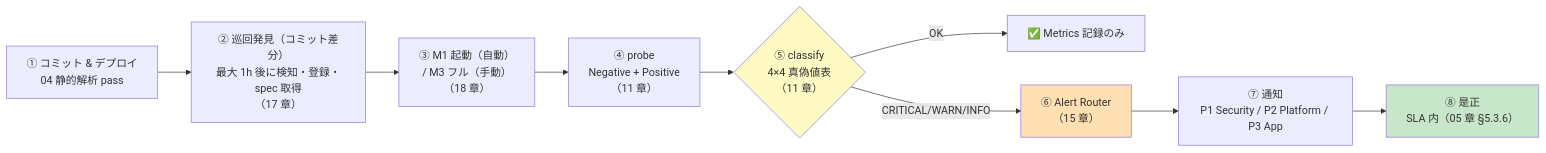
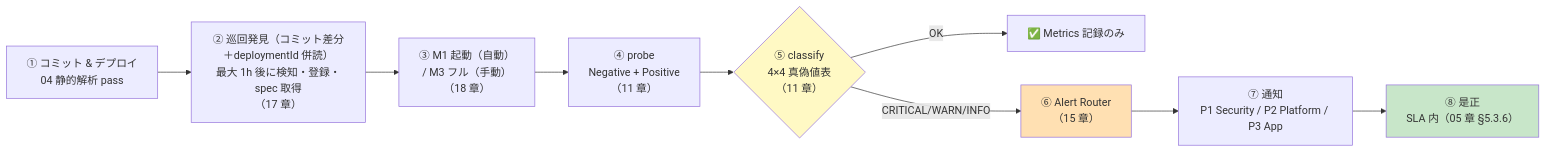
One commit to suepie/aws-atuh-poc changed the third of 7 diagrams in doc/api-platform/basic-design/10-external-monitoring-overview.md. Above: the diagram before and after it, drawn with Mermaid. The commit also changed other lines of this file and 8 other files, not shown here.

````diff
--- a/doc/api-platform/basic-design/10-external-monitoring-overview.md
+++ b/doc/api-platform/basic-design/10-external-monitoring-overview.md
@@ -171,14 +171,14 @@
 ```mermaid
 flowchart LR
-    D["① コミット & デプロイ<br/>04 静的解析 pass"] --> R["② 巡回発見（コミット差分）<br/>最大 1h 後に検知・登録・spec 取得<br/>（17 章）"]
+    D["① コミット & デプロイ<br/>04 静的解析 pass"] --> R["② 巡回発見（コミット差分<br/>＋deploymentId 併読）<br/>最大 1h 後に検知・登録・spec 取得<br/>（17 章）"]
     R --> T["③ M1 起動（自動）<br/>/ M3 フル（手動）<br/>（18 章）"]
     T --> P["④ probe<br/>Negative + Positive<br/>（11 章）"]
     P --> C{"⑤ classify<br/>4×4 真偽値表<br/>（11 章）"}
     C -->|OK| OK["✅ Metrics 記録のみ"]
     C -->|CRITICAL/WARN/INFO| A["⑥ Alert Router<br/>（15 章）"]
     A --> N["⑦ 通知<br/>P1 Security / P2 Platform / P3 App"]
     N --> FIX["⑧ 是正<br/>SLA 内（05 章 §5.3.6）"]
     style C fill:#fff9c4
     style A fill:#ffe0b2
     style FIX fill:#c8e6c9
 ```
````
